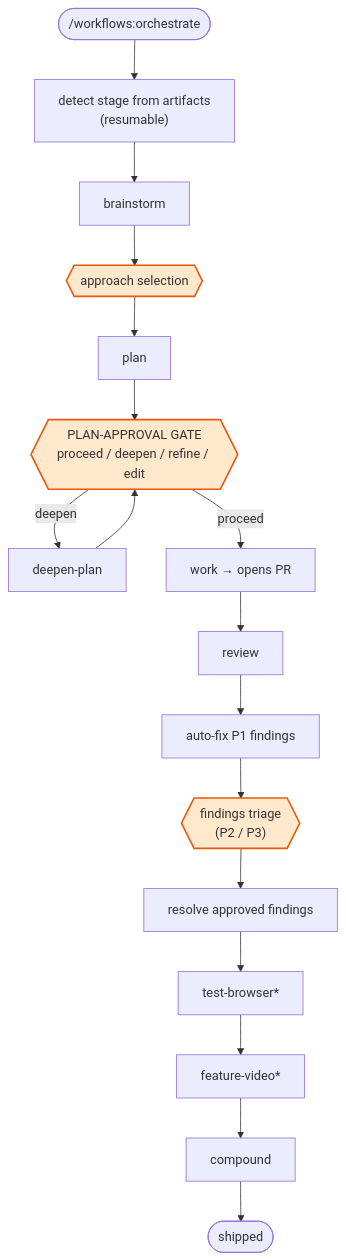
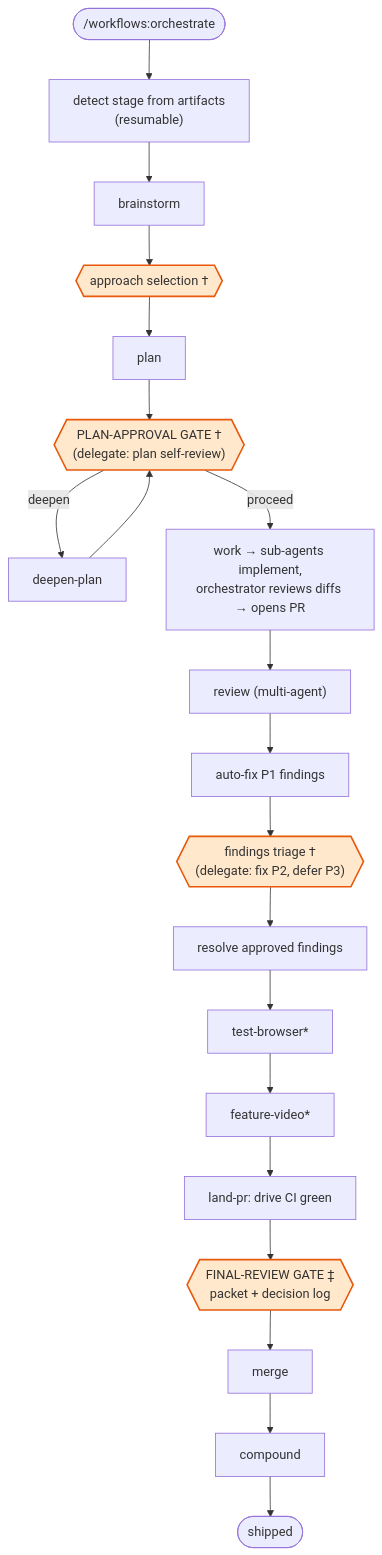
One commit to Life-With-Data/agentic-engineering changed the second of 10 diagrams in plugins/agentic-engineering/FLOWS.md. Above: the diagram before and after it, drawn with Mermaid. The commit also changed other lines of this file and 7 other files, not shown here.

First line of the commit message:
feat(workflows): orchestrate defaults to delegate mode — orchestrator delegates, reviews, surfaces only blockers + final review (#36)

````diff
--- a/plugins/agentic-engineering/FLOWS.md
+++ b/plugins/agentic-engineering/FLOWS.md
@@ -48,22 +48,25 @@
 ```mermaid
 flowchart TD
     start(["/workflows:orchestrate"]) --> detect["detect stage from artifacts<br/>(resumable)"]
     detect --> B["brainstorm"]
-    B --> g1{{"approach selection"}}
+    B --> g1{{"approach selection †"}}
     g1 --> P["plan"]
-    P --> gate{{"PLAN-APPROVAL GATE<br/>proceed / deepen / refine / edit"}}
+    P --> gate{{"PLAN-APPROVAL GATE †<br/>(delegate: plan self-review)"}}
     gate -->|deepen| DP["deepen-plan"]
     DP --> gate
-    gate -->|proceed| W["work → opens PR"]
-    W --> R["review"]
+    gate -->|proceed| W["work → sub-agents implement,<br/>orchestrator reviews diffs → opens PR"]
+    W --> R["review (multi-agent)"]
     R --> p1["auto-fix P1 findings"]
-    p1 --> g2{{"findings triage<br/>(P2 / P3)"}}
+    p1 --> g2{{"findings triage †<br/>(delegate: fix P2, defer P3)"}}
     g2 --> resolve["resolve approved findings"]
     resolve --> TB["test-browser*"]
     TB --> FV["feature-video*"]
-    FV --> C["compound"]
+    FV --> L["land-pr: drive CI green"]
+    L --> g3{{"FINAL-REVIEW GATE ‡<br/>packet + decision log"}}
+    g3 --> M["merge"]
+    M --> C["compound"]
     C --> done([shipped])
 
     classDef gate fill:#ffe8cc,stroke:#e8590c,stroke-width:2px;
-    class g1,gate,g2 gate
+    class g1,gate,g2,g3 gate
 ```
````
